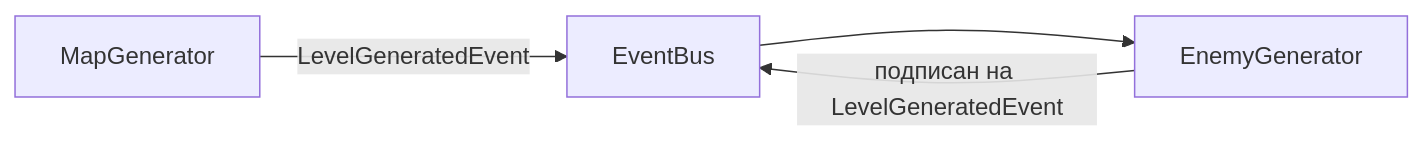
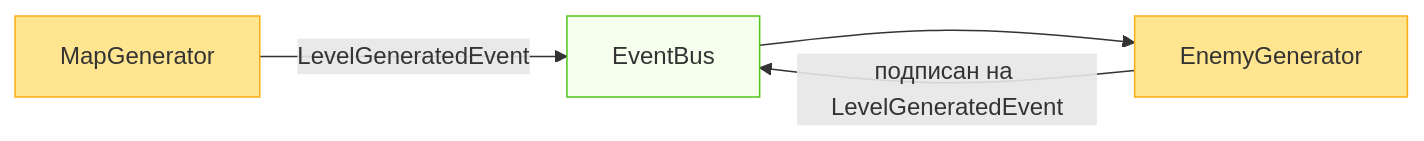
Before and after one commit to BlizzyIxyz/Code-Standards: the second of 4 diagrams in Unity Modular-Layered Architecture.md, drawn with Mermaid. The commit also changed other lines of this file, not shown here.

Commit message:
Update Unity Modular-Layered Architecture.md

````diff
--- a/Unity Modular-Layered Architecture.md
+++ b/Unity Modular-Layered Architecture.md
@@ -258,6 +473,10 @@
 ```mermaid
 graph LR
     MapGenerator -->|LevelGeneratedEvent| EventBus
     EnemyGenerator -->|подписан на LevelGeneratedEvent| EventBus
     EventBus --> EnemyGenerator
+    
+    style MapGenerator fill:#ffe58f,stroke:#faad14
+    style EnemyGenerator fill:#ffe58f,stroke:#faad14
+    style EventBus fill:#f6ffed,stroke:#52c41a
 ```
````
